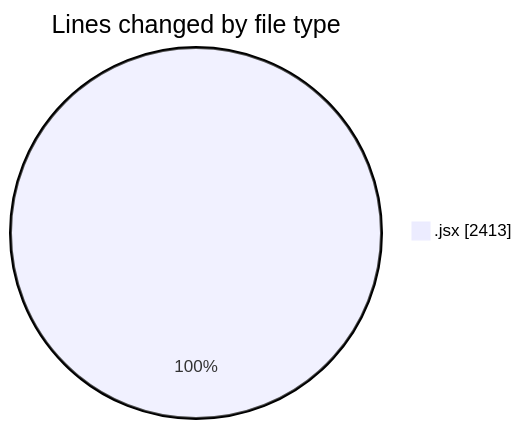
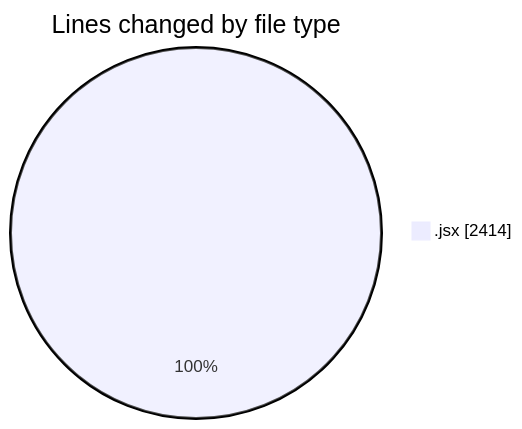
The first of 2 diagrams in 2025-08-26/nxtqube_webapp/README.md (nxtqubesakshisongat/code-tracking), drawn with Mermaid before and after one commit. The commit also changed other lines of this file and 1 other file, not shown here.

````diff
--- a/2025-08-26/nxtqube_webapp/README.md
+++ b/2025-08-26/nxtqube_webapp/README.md
@@ -26,5 +26,5 @@
 ```mermaid
 pie showData
 title Lines changed by file type
-".jsx" : 2413
+".jsx" : 2414
 ```
````
